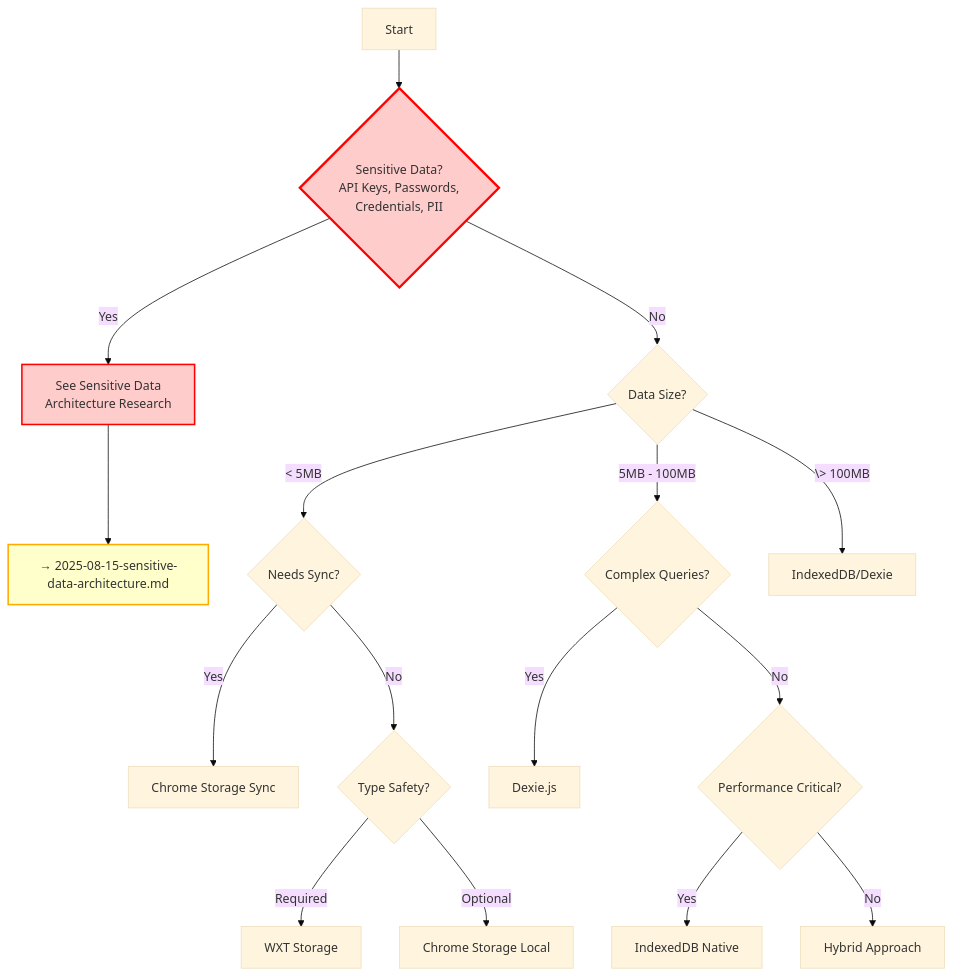
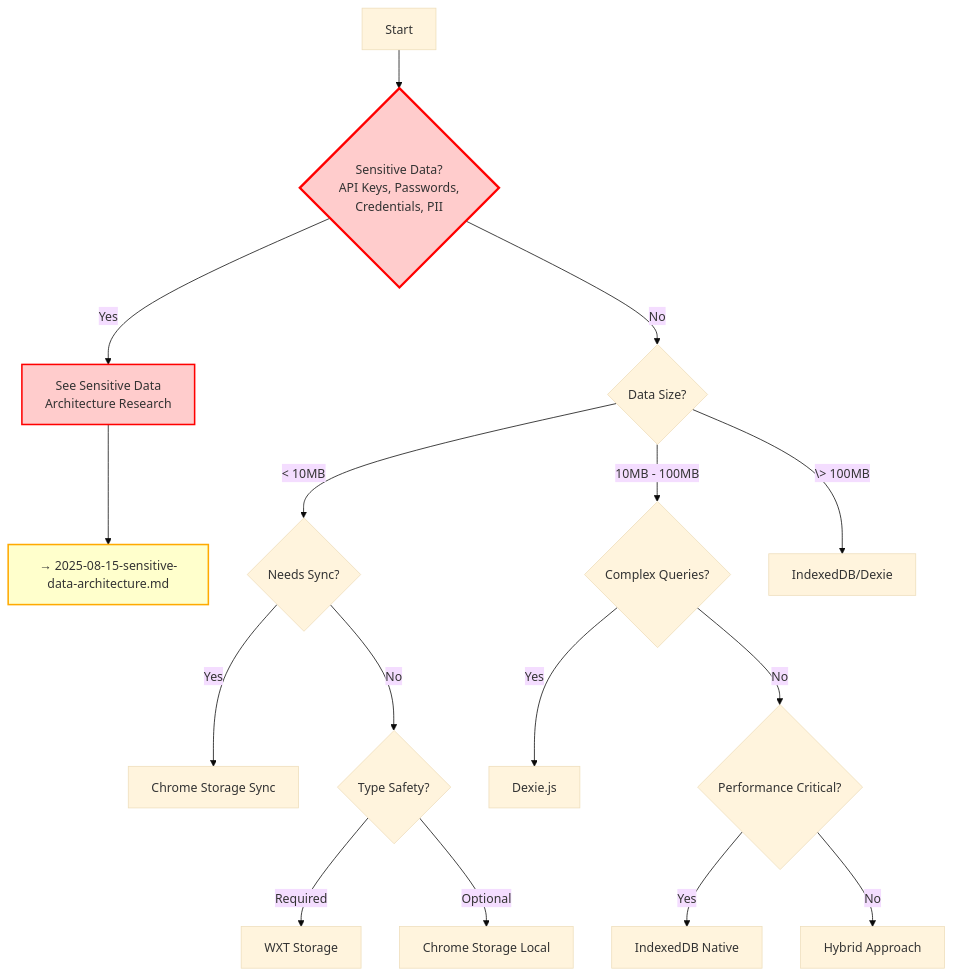
One commit to White-Rabbit-Lab/browser-extension changed the fourth of 4 diagrams in docs/architecture/researches/2025-08-15-general-storage-patterns.md. Above: the diagram before and after it, drawn with Mermaid. The commit also changed 1 other file, not shown here.

Commit message:
docs(architecture): verify storage research references and technical accuracy
- Validated Chrome Storage API quota limits (10MB for Chrome 114+)
- Confirmed Service Worker localStorage/sessionStorage restrictions
- Verified IndexedDB origin isolation behavior
- Checked WXT Storage TypeScript capabilities
- Confirmed security references (Google Security Blog, palant.info)
- Minor update to Dexie.js bundle size (32.6KB minified+gzipped)

````diff
--- a/docs/architecture/researches/2025-08-15-general-storage-patterns.md
+++ b/docs/architecture/researches/2025-08-15-general-storage-patterns.md
@@ -710,29 +710,29 @@
 ```mermaid
 %%{init: {'theme': 'base'} }%%
 graph TD
     A[Start] --> B{Sensitive Data?<br/>API Keys, Passwords,<br/>Credentials, PII}
     B -->|Yes| C[See Sensitive Data<br/>Architecture Research]
     B -->|No| D{Data Size?}
 
     C --> E[→ 2025-08-15-sensitive-data-architecture.md]
 
-    D -->|< 5MB| F{Needs Sync?}
-    D -->|5MB - 100MB| G{Complex Queries?}
+    D -->|< 10MB| F{Needs Sync?}
+    D -->|10MB - 100MB| G{Complex Queries?}
     D -->|\> 100MB| H[IndexedDB/Dexie]
 
     F -->|Yes| I[Chrome Storage Sync]
     F -->|No| J{Type Safety?}
 
     J -->|Required| K[WXT Storage]
     J -->|Optional| L[Chrome Storage Local]
 
     G -->|Yes| M[Dexie.js]
     G -->|No| N{Performance Critical?}
 
     N -->|Yes| O[IndexedDB Native]
     N -->|No| P[Hybrid Approach]
 
     style B fill:#ffcccc,stroke:#ff0000,stroke-width:3px
     style C fill:#ffcccc,stroke:#ff0000,stroke-width:2px
     style E fill:#ffffcc,stroke:#ffaa00,stroke-width:2px
 ```
````
